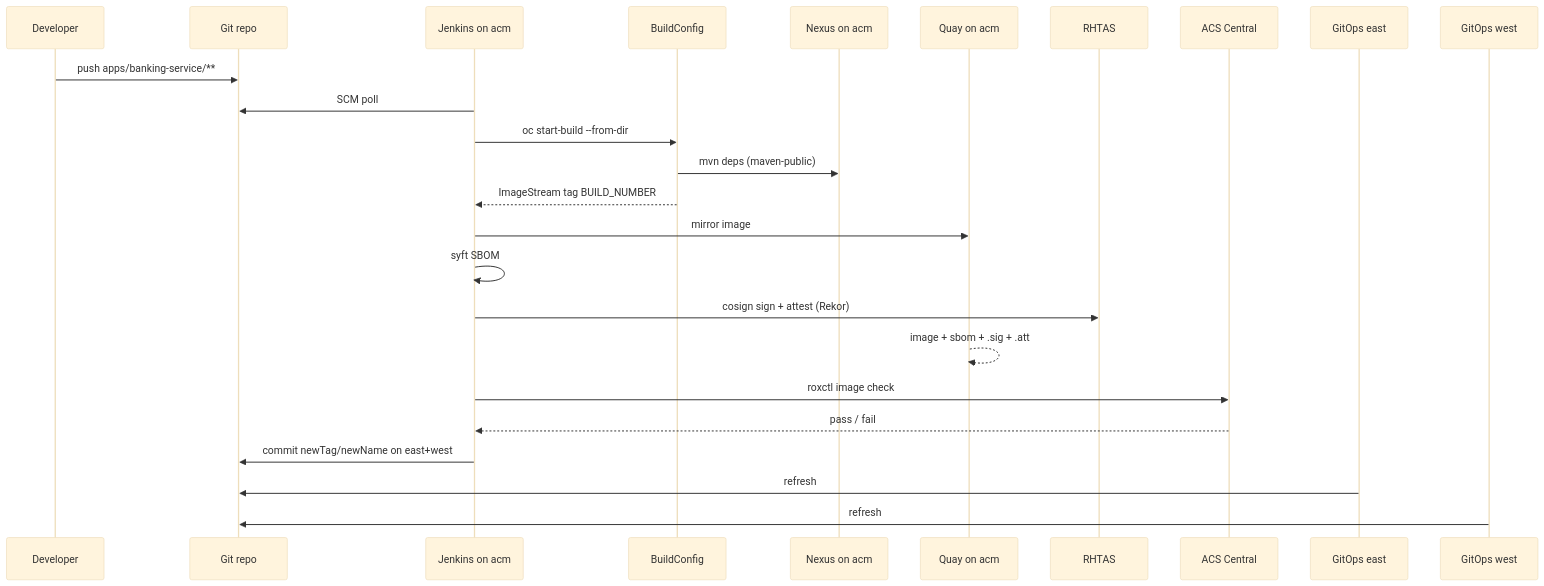
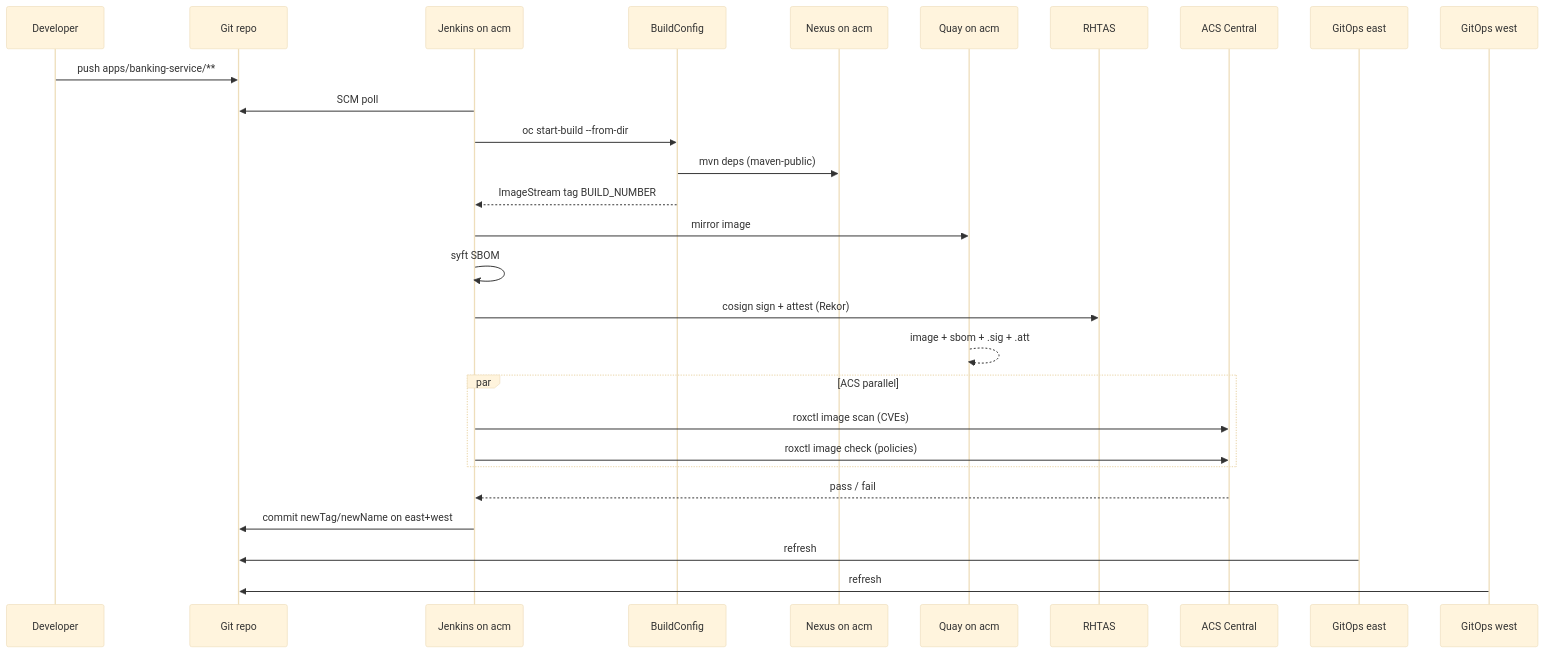
One commit to panchoraposo/demo-spring changed the diagram in docs/ci-cd.md. Above: the diagram before and after it, drawn with Mermaid (base theme). The commit also changed other lines of this file and 5 other files, not shown here.

First line of the commit message:
Run ACS CVE scan and policy check in parallel in CI.

````diff
--- a/docs/ci-cd.md
+++ b/docs/ci-cd.md
@@ -56,28 +63,31 @@
 ```mermaid
 sequenceDiagram
   participant Dev as Developer
   participant Git as Git repo
   participant J as Jenkins on acm
   participant BC as BuildConfig
   participant Nexus as Nexus on acm
   participant Quay as Quay on acm
   participant TAS as RHTAS
   participant ACS as ACS Central
   participant ArgoE as GitOps east
   participant ArgoW as GitOps west
 
   Dev->>Git: push apps/banking-service/**
   J->>Git: SCM poll
   J->>BC: oc start-build --from-dir
   BC->>Nexus: mvn deps (maven-public)
   BC-->>J: ImageStream tag BUILD_NUMBER
   J->>Quay: mirror image
   J->>J: syft SBOM
   J->>TAS: cosign sign + attest (Rekor)
   Quay-->>Quay: image + sbom + .sig + .att
-  J->>ACS: roxctl image check
+  par ACS parallel
+    J->>ACS: roxctl image scan (CVEs)
+    J->>ACS: roxctl image check (policies)
+  end
   ACS-->>J: pass / fail
   J->>Git: commit newTag/newName on east+west
   ArgoE->>Git: refresh
   ArgoW->>Git: refresh
 ```
````
